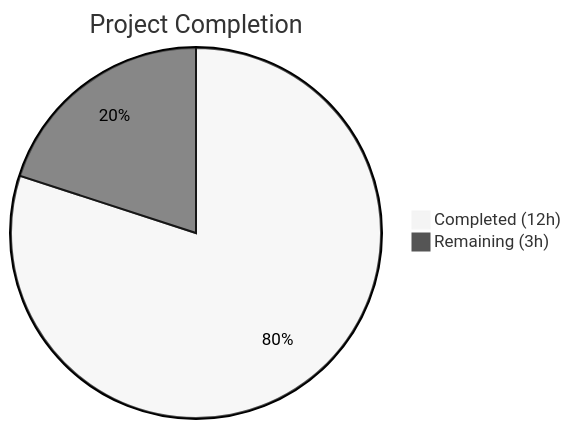
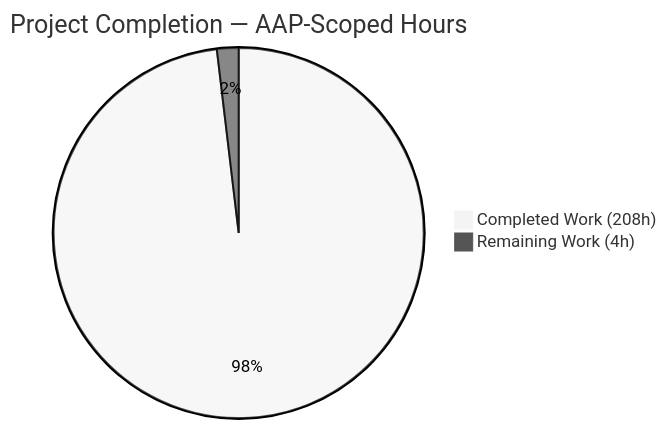
Before and after one commit to Blitzy-Sandbox/blitzy-formbricks: the first of 3 diagrams in blitzy/documentation/Project Guide.md, drawn with Mermaid (neutral theme). The commit also changed other lines of this file, not shown here.

Commit message:
Adding Blitzy Project Guide: Project Status and Human Tasks Remaining

````diff
--- a/blitzy/documentation/Project Guide.md
+++ b/blitzy/documentation/Project Guide.md
@@ -13,5 +18,5 @@
 ```mermaid
-pie title Project Completion
-    "Completed (12h)" : 12
-    "Remaining (3h)" : 3
+pie title Project Completion — AAP-Scoped Hours
+    "Completed Work (208h)" : 208
+    "Remaining Work (4h)" : 4
 ```
````
